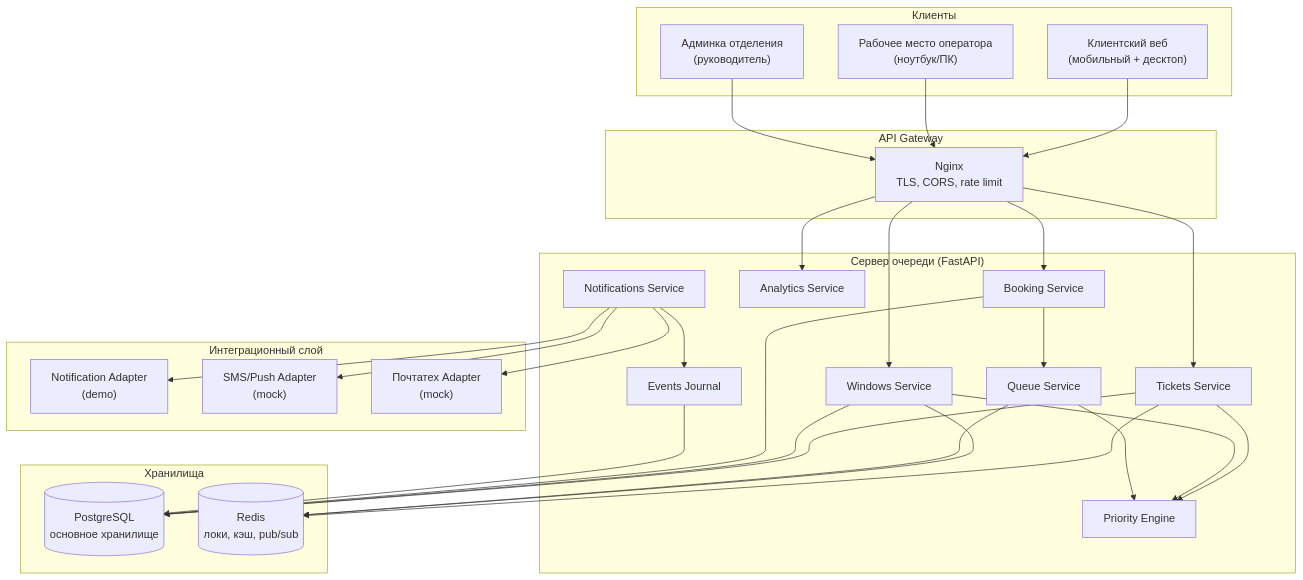
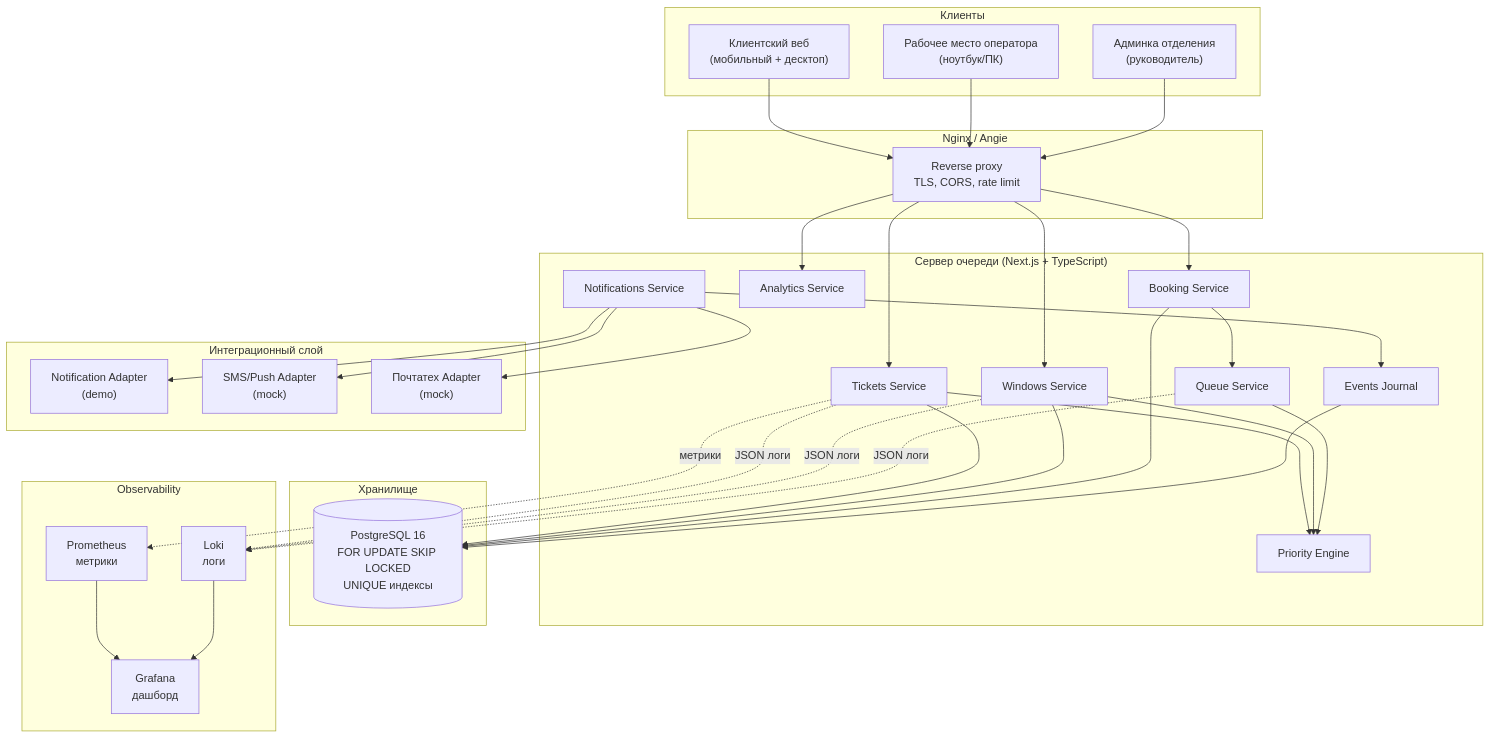
The first of 8 diagrams in docs/architecture.md (Rodion-NTQ-TEAM/tsifrovaya-ochere), drawn with Mermaid before and after one commit. The commit also changed other lines of this file, not shown here.

Commit message:
docs(architecture): убрать Redis, добавить observability

````diff
--- a/docs/architecture.md
+++ b/docs/architecture.md
@@ -5,57 +5,65 @@
 ```mermaid
 flowchart TB
     subgraph CLIENTS["Клиенты"]
         C1["Клиентский веб<br/>(мобильный + десктоп)"]
         C2["Рабочее место оператора<br/>(ноутбук/ПК)"]
         C3["Админка отделения<br/>(руководитель)"]
     end
 
-    subgraph GATEWAY["API Gateway"]
-        NG["Nginx<br/>TLS, CORS, rate limit"]
+    subgraph GATEWAY["Nginx / Angie"]
+        NG["Reverse proxy<br/>TLS, CORS, rate limit"]
     end
 
-    subgraph BACKEND["Сервер очереди (FastAPI)"]
+    subgraph BACKEND["Сервер очереди (Next.js + TypeScript)"]
         S1["Tickets Service"]
         S2["Windows Service"]
         S3["Priority Engine"]
         S4["Booking Service"]
         S5["Queue Service"]
         S6["Analytics Service"]
         S7["Events Journal"]
         S8["Notifications Service"]
     end
 
-    subgraph STORAGE["Хранилища"]
-        DB[("PostgreSQL<br/>основное хранилище")]
-        RD[("Redis<br/>локи, кэш, pub/sub")]
+    subgraph STORAGE["Хранилище"]
+        DB[("PostgreSQL 16<br/>FOR UPDATE SKIP LOCKED<br/>UNIQUE индексы")]
+    end
+
+    subgraph OBS["Observability"]
+        LK["Loki<br/>логи"]
+        PR["Prometheus<br/>метрики"]
+        GR["Grafana<br/>дашборд"]
     end
 
     subgraph INTEGRATION["Интеграционный слой"]
         A1["Notification Adapter<br/>(demo)"]
         A2["SMS/Push Adapter<br/>(mock)"]
         A3["Почтатех Adapter<br/>(mock)"]
     end
 
     C1 --> NG
     C2 --> NG
     C3 --> NG
     NG --> S1
     NG --> S2
     NG --> S4
     NG --> S6
     S1 --> S3
     S2 --> S3
     S4 --> S5
     S5 --> S3
     S1 --> DB
     S2 --> DB
     S4 --> DB
     S7 --> DB
-    S1 --> RD
-    S2 --> RD
-    S5 --> RD
+    S1 -.->|JSON логи| LK
+    S2 -.->|JSON логи| LK
+    S5 -.->|JSON логи| LK
+    S1 -.->|метрики| PR
+    PR --> GR
+    LK --> GR
     S8 --> A1
     S8 --> A2
     S8 --> A3
     S8 --> S7
 ```
````
